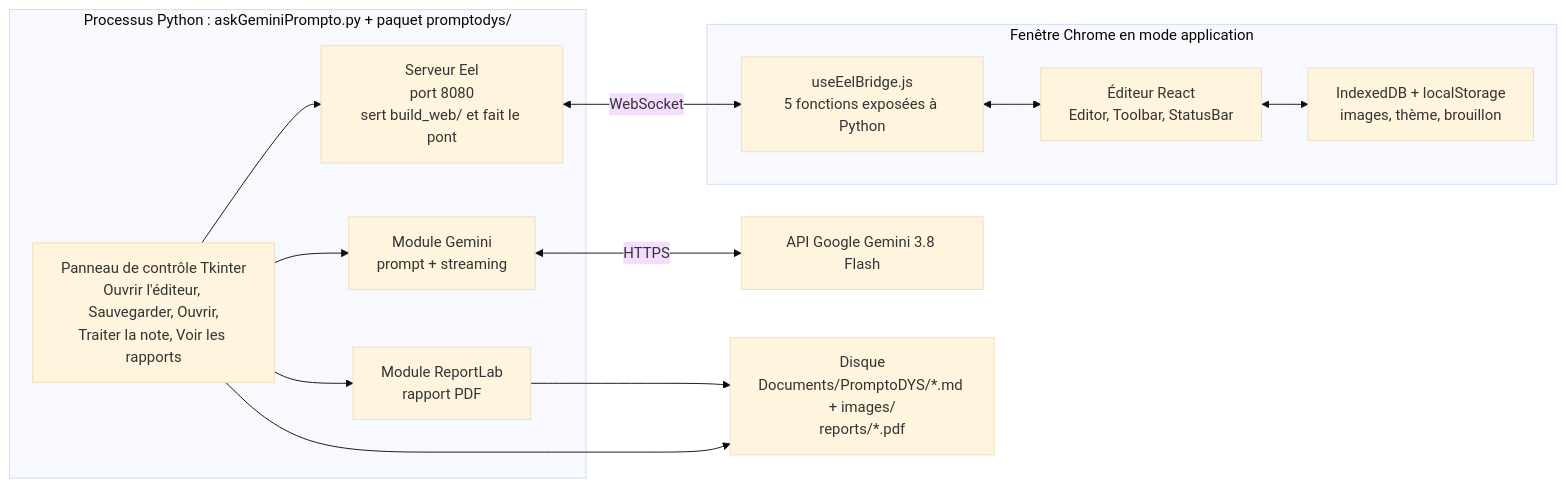
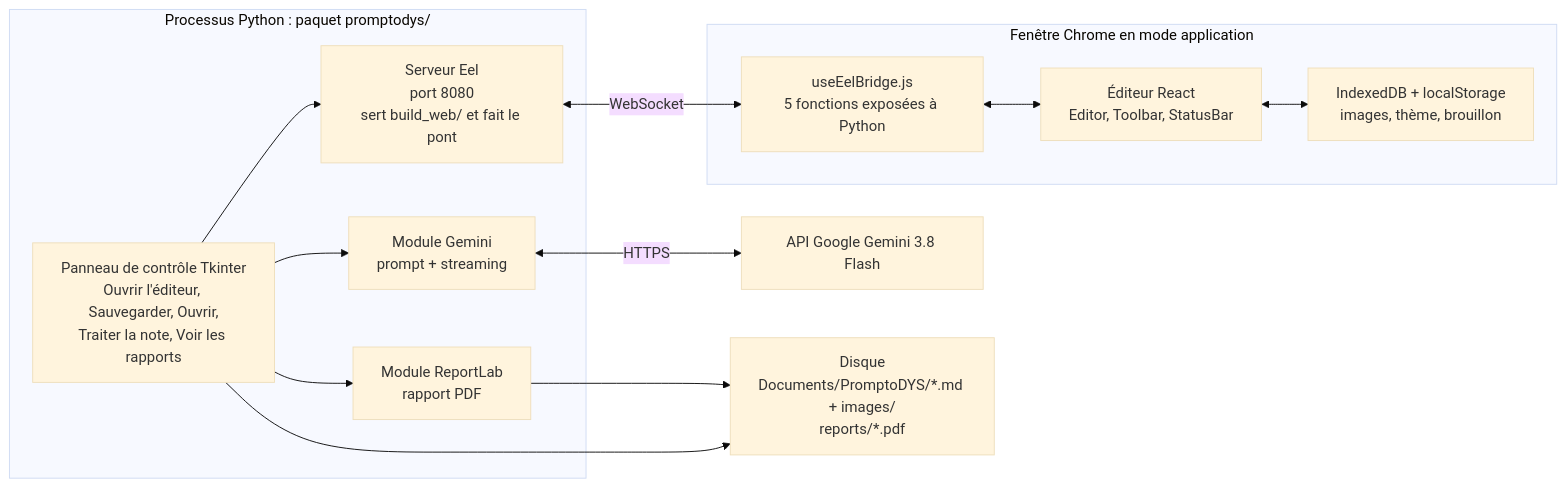
Before and after one commit to lecinquiemejour-code/PromptoDYS_app: the first of 5 diagrams in doc/ARCHITECTURE.md, drawn with Mermaid (base theme). The commit also changed other lines of this file and 6 other files, not shown here.

````diff
--- a/doc/ARCHITECTURE.md
+++ b/doc/ARCHITECTURE.md
@@ -41,28 +41,28 @@
 ```mermaid
 flowchart LR
-    subgraph PY["Processus Python : askGeminiPrompto.py + paquet promptodys/"]
+    subgraph PY["Processus Python : paquet promptodys/"]
         TK["Panneau de contrôle Tkinter<br/>Ouvrir l'éditeur, Sauvegarder, Ouvrir,<br/>Traiter la note, Voir les rapports"]
         EEL["Serveur Eel<br/>port 8080<br/>sert build_web/ et fait le pont"]
         IA["Module Gemini<br/>prompt + streaming"]
         PDF["Module ReportLab<br/>rapport PDF"]
     end
 
     subgraph CHROME["Fenêtre Chrome en mode application"]
         REACT["Éditeur React<br/>Editor, Toolbar, StatusBar"]
         BRIDGE["useEelBridge.js<br/>5 fonctions exposées à Python"]
         IDB["IndexedDB + localStorage<br/>images, thème, brouillon"]
     end
 
     GEMINI["API Google Gemini 3.8 Flash"]
     DISK["Disque<br/>Documents/PromptoDYS/*.md + images/<br/>reports/*.pdf"]
 
     TK --> EEL
     TK --> IA
     TK --> PDF
     EEL <-- "WebSocket" --> BRIDGE
     BRIDGE <--> REACT
     REACT <--> IDB
     IA <-- "HTTPS" --> GEMINI
     PDF --> DISK
     TK --> DISK
 ```
````
